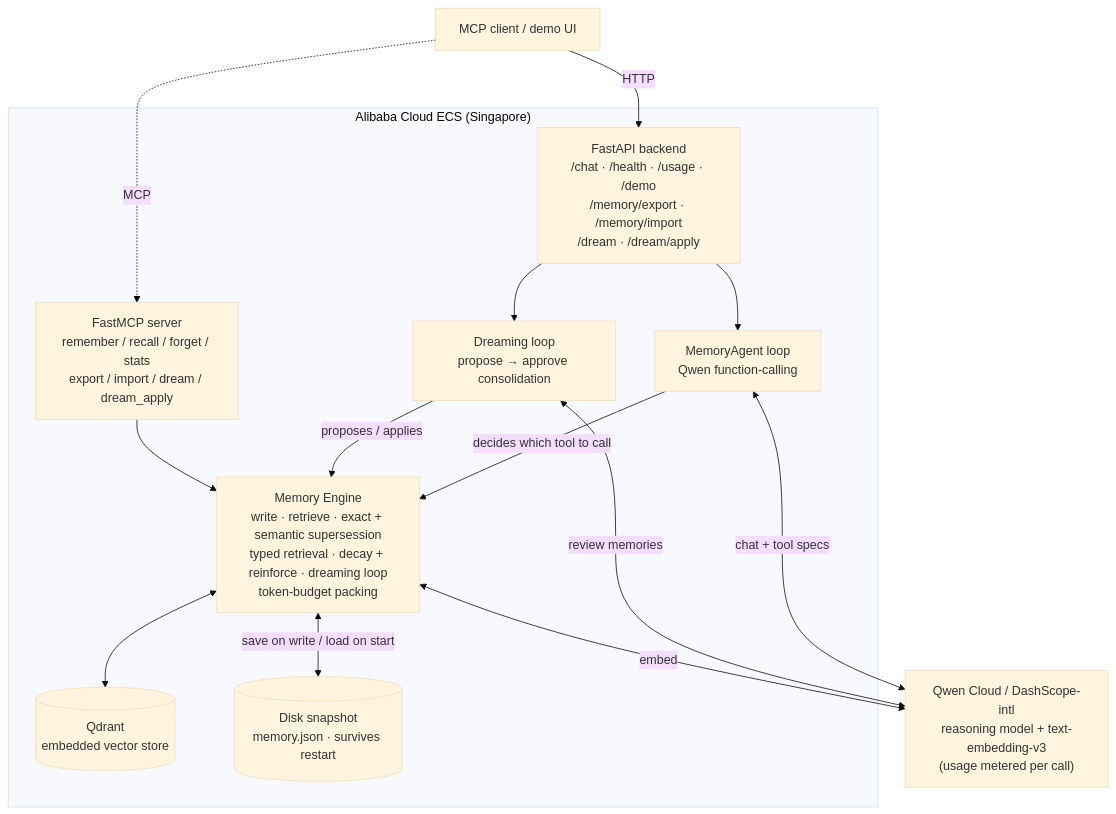
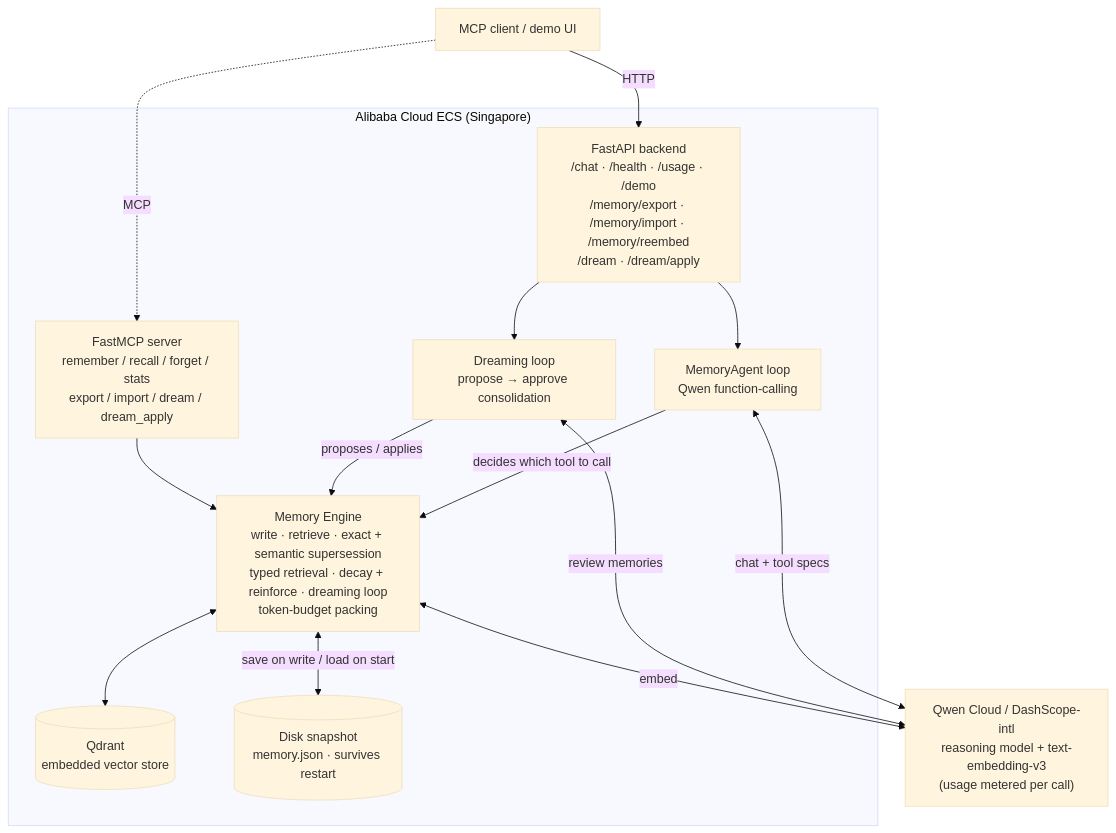
Before and after one commit to rduffyuk/qwen-memory-agent: the diagram in README.md, drawn with Mermaid (base theme). The commit also changed other lines of this file and 13 other files, not shown here.

````diff
--- a/README.md
+++ b/README.md
@@ -28,29 +29,29 @@
 ```mermaid
 flowchart TB
     U["MCP client / demo UI"]
 
     subgraph ecs["Alibaba Cloud ECS (Singapore)"]
-        API["FastAPI backend<br/>/chat · /health · /usage · /demo<br/>/memory/export · /memory/import<br/>/dream · /dream/apply"]
+        API["FastAPI backend<br/>/chat · /health · /usage · /demo<br/>/memory/export · /memory/import · /memory/reembed<br/>/dream · /dream/apply"]
         AGENT["MemoryAgent loop<br/>Qwen function-calling"]
         DREAM["Dreaming loop<br/>propose → approve consolidation"]
         MCP["FastMCP server<br/>remember / recall / forget / stats<br/>export / import / dream / dream_apply"]
         ENG["Memory Engine<br/>write · retrieve · exact + semantic supersession<br/>typed retrieval · decay + reinforce · dreaming loop<br/>token-budget packing"]
         QD[("Qdrant<br/>embedded vector store")]
         SNAP[("Disk snapshot<br/>memory.json · survives restart")]
     end
 
     DS["Qwen Cloud / DashScope-intl<br/>reasoning model + text-embedding-v3<br/>(usage metered per call)"]
 
     U -->|HTTP| API
     U -.->|MCP| MCP
     API --> AGENT
     API --> DREAM
     AGENT -->|"decides which tool to call"| ENG
     DREAM -->|"proposes / applies"| ENG
     MCP --> ENG
     AGENT <-->|"chat + tool specs"| DS
     DREAM <-->|"review memories"| DS
     ENG <-->|"embed"| DS
     ENG <--> QD
     ENG <-->|"save on write / load on start"| SNAP
 ```
````
